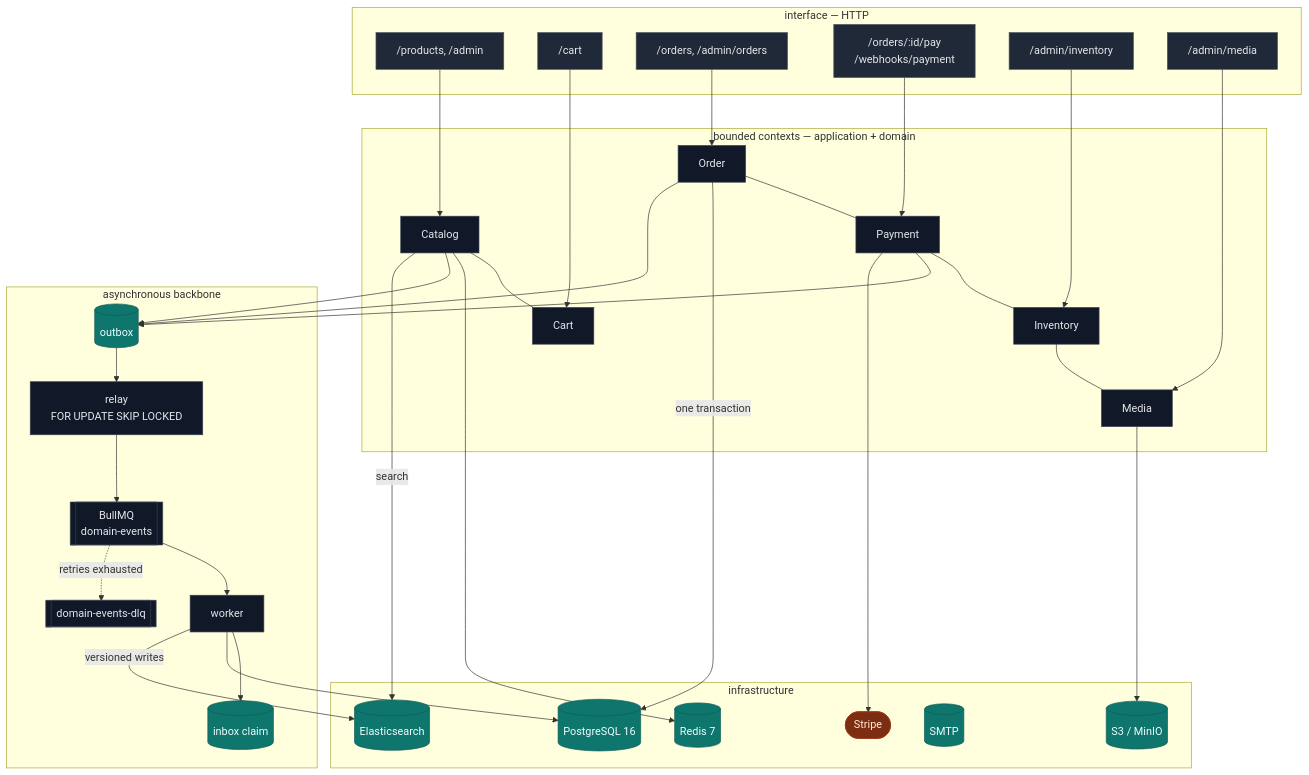
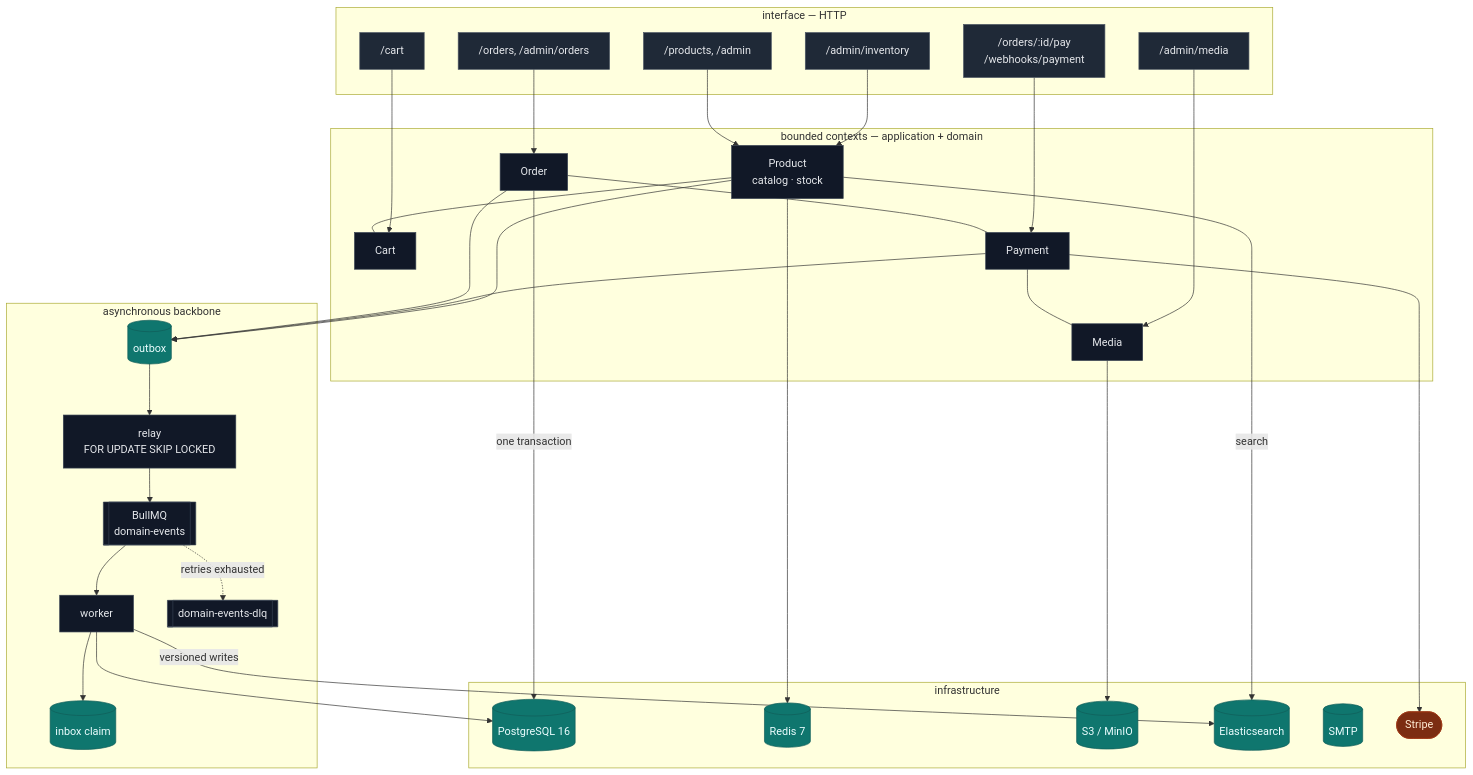
One commit to jCool10/jcool-ecommerce-backend changed the diagram in README.md. Above: the diagram before and after it, drawn with Mermaid. The commit also changed other lines of this file and 185 other files, not shown here.

````diff
--- a/README.md
+++ b/README.md
@@ -57,55 +57,55 @@
 ```mermaid
 flowchart TB
     subgraph edge["interface — HTTP"]
         CAT["/products, /admin"]:::ctx
         CART["/cart"]:::ctx
         ORD["/orders, /admin/orders"]:::ctx
         PAY["/orders/:id/pay<br/>/webhooks/payment"]:::ctx
         INV["/admin/inventory"]:::ctx
         MED["/admin/media"]:::ctx
     end
 
     subgraph core["bounded contexts — application + domain"]
-        C[Catalog]:::box --- K[Cart]:::box
-        O[Order]:::box --- P[Payment]:::box --- I[Inventory]:::box --- M[Media]:::box
+        PR["Product<br/>catalog · stock"]:::box --- K[Cart]:::box
+        O[Order]:::box --- P[Payment]:::box --- M[Media]:::box
     end
 
     subgraph async["asynchronous backbone"]
         OB[(outbox)]:::db --> RLY[relay<br/>FOR UPDATE SKIP LOCKED]:::box
         RLY --> Q[[BullMQ<br/>domain-events]]:::box
         Q --> W[worker]:::box --> IB[(inbox claim)]:::db
         Q -.retries exhausted.-> DLQ[[domain-events-dlq]]:::box
     end
 
     subgraph infra["infrastructure"]
         PG[(PostgreSQL 16)]:::db
         RD[(Redis 7)]:::db
         S3[(S3 / MinIO)]:::db
         ES[(Elasticsearch)]:::db
         SMTP[(SMTP)]:::db
         STRIPE([Stripe]):::ext
     end
 
-    CAT --> C
+    CAT --> PR
     CART --> K
     ORD --> O
     PAY --> P
-    INV --> I
+    INV --> PR
     MED --> M
 
     O -->|one transaction| PG
     O --> OB
     P --> OB
     P --> STRIPE
-    C --> RD
-    C --> OB
-    C -->|search| ES
+    PR --> RD
+    PR --> OB
+    PR -->|search| ES
     M --> S3
     W --> PG
     W -->|versioned writes| ES
 
     classDef ctx fill:#1f2937,stroke:#4b5563,color:#e5e7eb
     classDef box fill:#111827,stroke:#374151,color:#e5e7eb
     classDef db fill:#0f766e,stroke:#115e59,color:#ecfeff
     classDef ext fill:#7c2d12,stroke:#9a3412,color:#ffedd5
 ```
````
